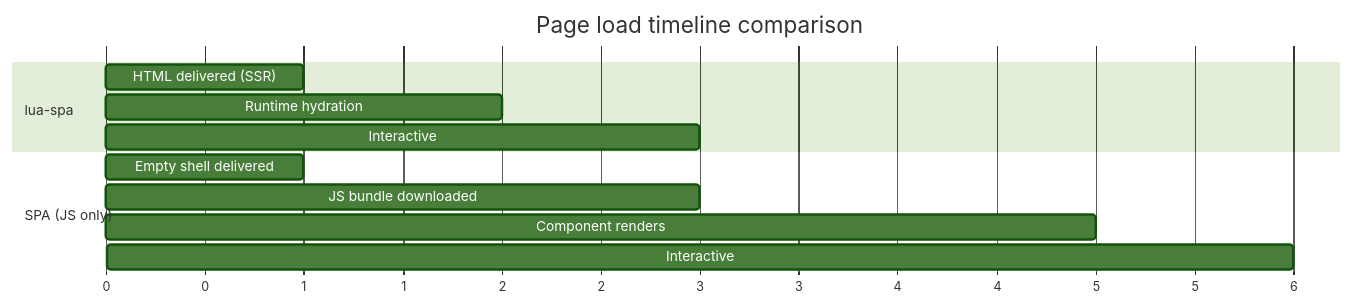
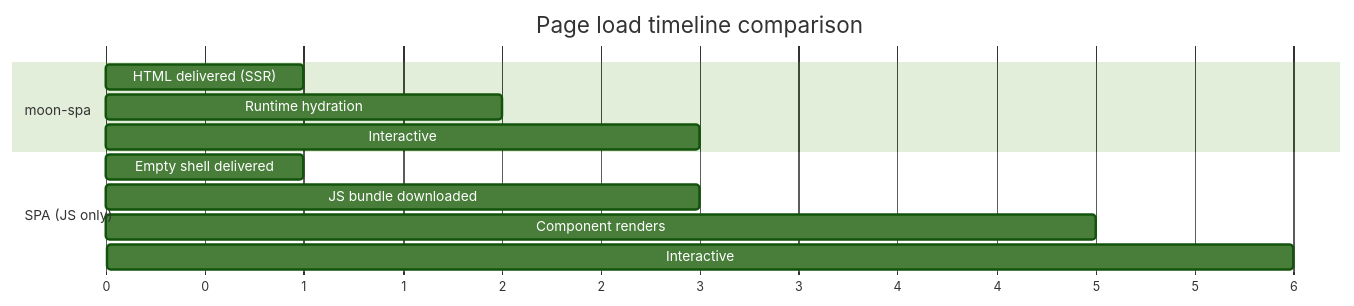
One commit to roderiano/lua-spa changed the diagram in docs/docs/advanced/performance.md. Above: the diagram before and after it, drawn with Mermaid (forest theme). The commit also changed other lines of this file and 90 other files, not shown here.

````diff
--- a/docs/docs/advanced/performance.md
+++ b/docs/docs/advanced/performance.md
@@ -14,17 +14,17 @@
 ```mermaid
 gantt
     title Page load timeline comparison
     dateFormat X
     axisFormat %s
 
-    section lua-spa
+    section moon-spa
     HTML delivered (SSR) : 0, 1
     Runtime hydration     : 1, 2
     Interactive           : 2, 3
 
     section SPA (JS only)
     Empty shell delivered : 0, 1
     JS bundle downloaded  : 1, 3
     Component renders     : 3, 5
     Interactive           : 5, 6
 ```
````
